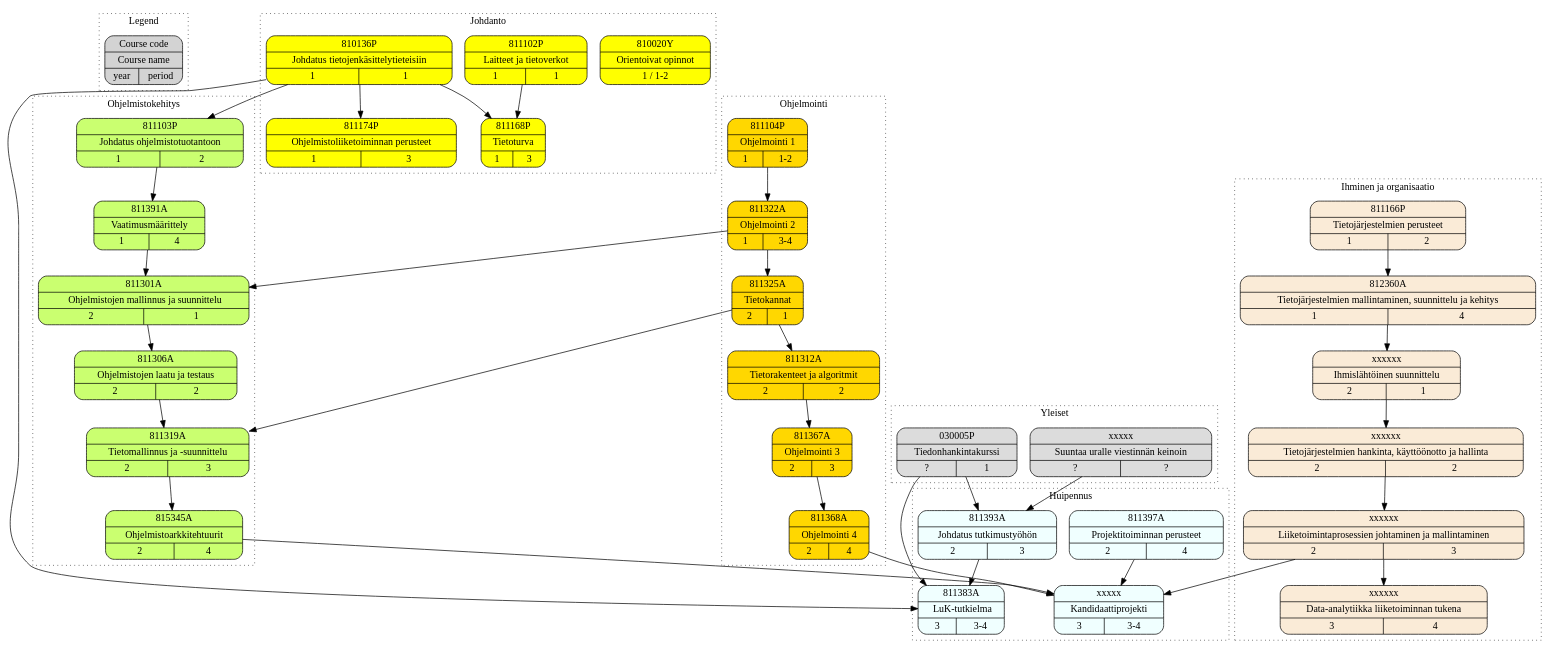
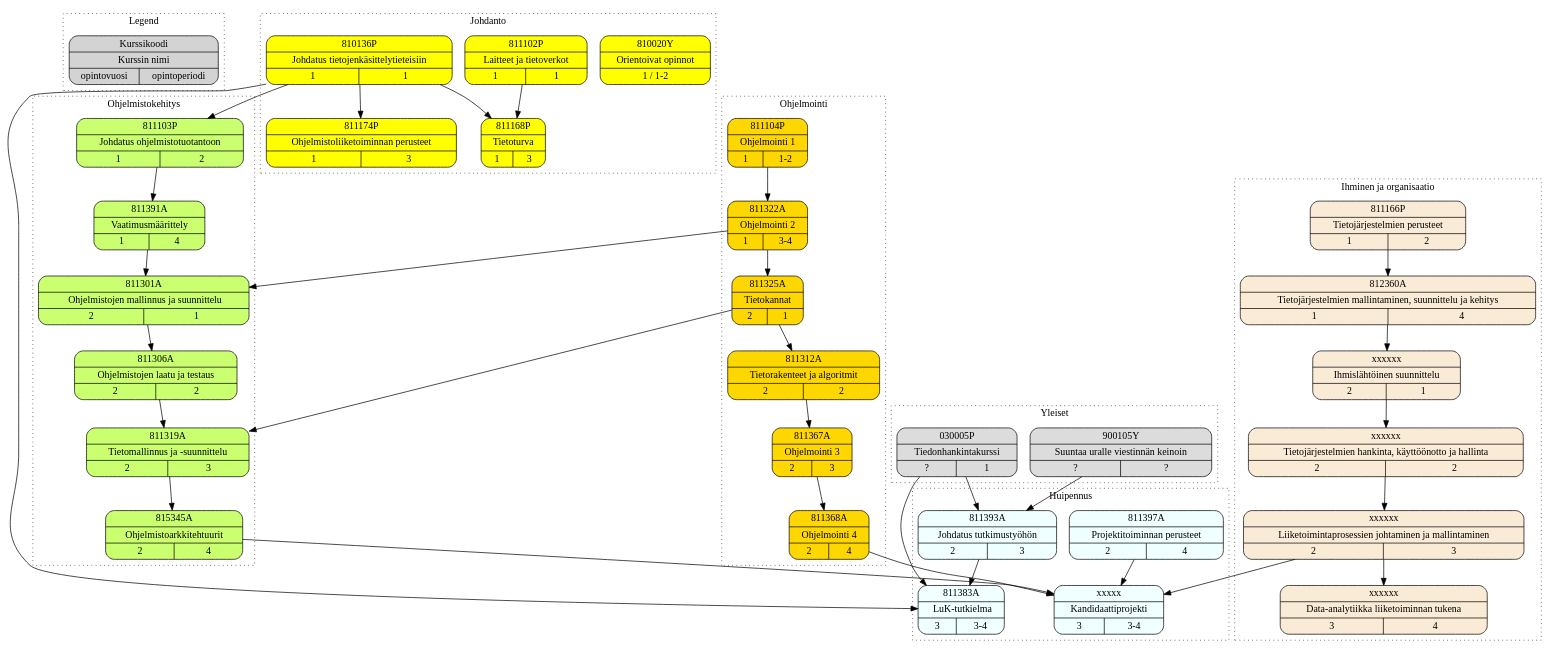
The diagram in LuK-courses.dot (anttijuu/tol-courses-graph), drawn with Graphviz before and after one commit. The commit also changed 3 other files, not shown here.

```diff
--- a/LuK-courses.dot
+++ b/LuK-courses.dot
@@ -1,110 +1,111 @@
 digraph TOLLuK {
    node [shape=record, style="rounded,filled"]
    
    subgraph cluster_Legend {
       graph[style=dotted]
       label="Legend"
-      legend [label="{ Course code | Course name | { year | period } }"]
+      legend [label="{ Kurssikoodi | Kurssin nimi | { opintovuosi | opintoperiodi } }"]
+      URL="https://github.com/anttijuu/tol-courses-graph" # URL linkable in SVG and some other formats.
    } 
 
    subgraph cluster_Yleiset {
       graph[style=dotted]
       label="Yleiset"
       node [fillcolor=gainsboro]
       c030005P [label="{ 030005P | Tiedonhankintakurssi | { ? | 1 } }"]
-      c0006 [label="{ xxxxx | Suuntaa uralle viestinnän keinoin | { ? | ? } }"]
+      c900105Y [label="{  900105Y | Suuntaa uralle viestinnän keinoin | { ? | ? } }"]
    }
    
    subgraph cluster_Johdanto {
       graph[style=dotted]
       label="Johdanto"
       node [fillcolor=yellow]
       c810020Y [label="{ 810020Y | Orientoivat opinnot | { 1 / 1-2 } }"]
       c810136P [label="{ 810136P | Johdatus tietojenkäsittelytieteisiin | { 1 | 1 } }"]
       c811168P [label="{ 811168P | Tietoturva | { 1 | 3 } }"]
       c811174P [label="{ 811174P | Ohjelmistoliiketoiminnan perusteet | { 1 | 3 } }"]
       c811102P [label="{ 811102P | Laitteet ja tietoverkot | { 1 | 1 } }"]
 
       c810136P -> c811168P
       c811102P -> c811168P
       c810136P -> c811174P
    }
    
    subgraph cluster_Ohjelmointi {
       graph[style=dotted]
       label="Ohjelmointi"
       node [fillcolor=gold1]
       c811104P [label="{ 811104P | Ohjelmointi 1 | { 1 | 1-2 } }"]
       c811322A [label="{ 811322A | Ohjelmointi 2 | { 1 | 3-4 } }"]
       c811325A [label="{ 811325A | Tietokannat | { 2 | 1 } }"]
       c811312A [label="{ 811312A | Tietorakenteet ja algoritmit | { 2 | 2 } }"]
       c811367A [label="{ 811367A | Ohjelmointi 3 | { 2 | 3 } }"]
       c811368A [label="{ 811368A | Ohjelmointi 4 | { 2 | 4 } }"]
       
       c811104P -> c811322A
       c811312A -> c811367A
       c811367A -> c811368A
       c811325A -> c811312A
       c811322A -> c811325A
    }
    
    subgraph cluster_Ohjelmistokehitys {
       graph[style=dotted]
       label="Ohjelmistokehitys"
       node [fillcolor=darkolivegreen1]
       c811103P [label="{ 811103P | Johdatus ohjelmistotuotantoon | { 1 | 2 } }"]
       c811391A [label="{ 811391A | Vaatimusmäärittely | { 1 | 4 } }"]
       c811301A [label="{ 811301A | Ohjelmistojen mallinnus ja suunnittelu | { 2 | 1 } }"]
       c811306A [label="{ 811306A | Ohjelmistojen laatu ja testaus | { 2 | 2 } }"]
       c811319A [label="{ 811319A | Tietomallinnus ja -suunnittelu | { 2 | 3 } }"]
       c815345A [label="{ 815345A | Ohjelmistoarkkitehtuurit | { 2 | 4 } }"]
       
       c810136P -> c811103P
       c811103P -> c811391A
       c811391A -> c811301A
       c811322A -> c811301A
       c811301A -> c811306A
       c811306A -> c811319A
       c811325A -> c811319A
       c811319A -> c815345A
    }
    
    subgraph cluster_IhminenOrganisaatio {
       graph[style=dotted]
       label="Ihminen ja organisaatio"
       node [fillcolor=antiquewhite]
       c811166P [label="{ 811166P | Tietojärjestelmien perusteet | { 1 |2 } }"]
       c812360A [label="{ 812360A | Tietojärjestelmien mallintaminen, suunnittelu ja kehitys | { 1 | 4 } }"]
       c0001 [label="{ xxxxxx | Ihmislähtöinen suunnittelu | { 2 | 1 } }"]
       c0002 [label="{ xxxxxx | Tietojärjestelmien hankinta, käyttöönotto ja hallinta | { 2 | 2 } }"]
       c0003 [label="{ xxxxxx | Liiketoimintaprosessien johtaminen ja mallintaminen | { 2 | 3 } }"]
       c0004 [label="{ xxxxxx | Data-analytiikka liiketoiminnan tukena | { 3 | 4 } }"]      
 
       c811166P -> c812360A
       c812360A -> c0001
       c0001 -> c0002
       c0002 -> c0003
       c0003 -> c0004
    }
    
    subgraph cluster_Huipennus {
       graph[style=dotted]
       label="Huipennus"
       node [fillcolor=azure]
       c811397A [label="{ 811397A | Projektitoiminnan perusteet | { 2 | 4 } }"]
       c0005 [label="{ xxxxx | Kandidaattiprojekti | { 3 | 3-4 } }"]
       c811393A [label="{ 811393A | Johdatus tutkimustyöhön | { 2 | 3 } }"]
       c811383A [label="{ 811383A | LuK-tutkielma | { 3 | 3-4 } }"]
    
       c030005P -> c811393A
-      c0006 -> c811393A
+      c900105Y -> c811393A
       c811393A -> c811383A
       c030005P -> c811383A
       c810136P -> c811383A
       c811397A -> c0005
       c815345A -> c0005
       c811368A -> c0005
       c0003 -> c0005
    }
    
 }
```
